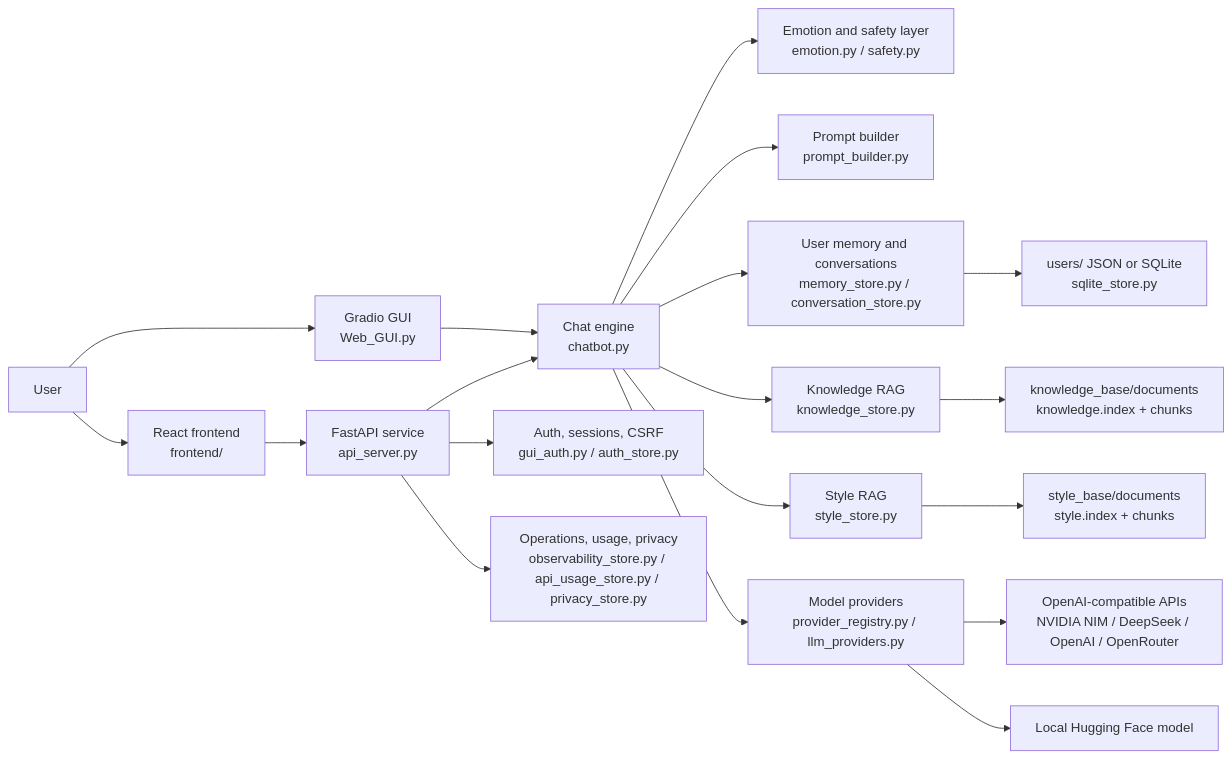
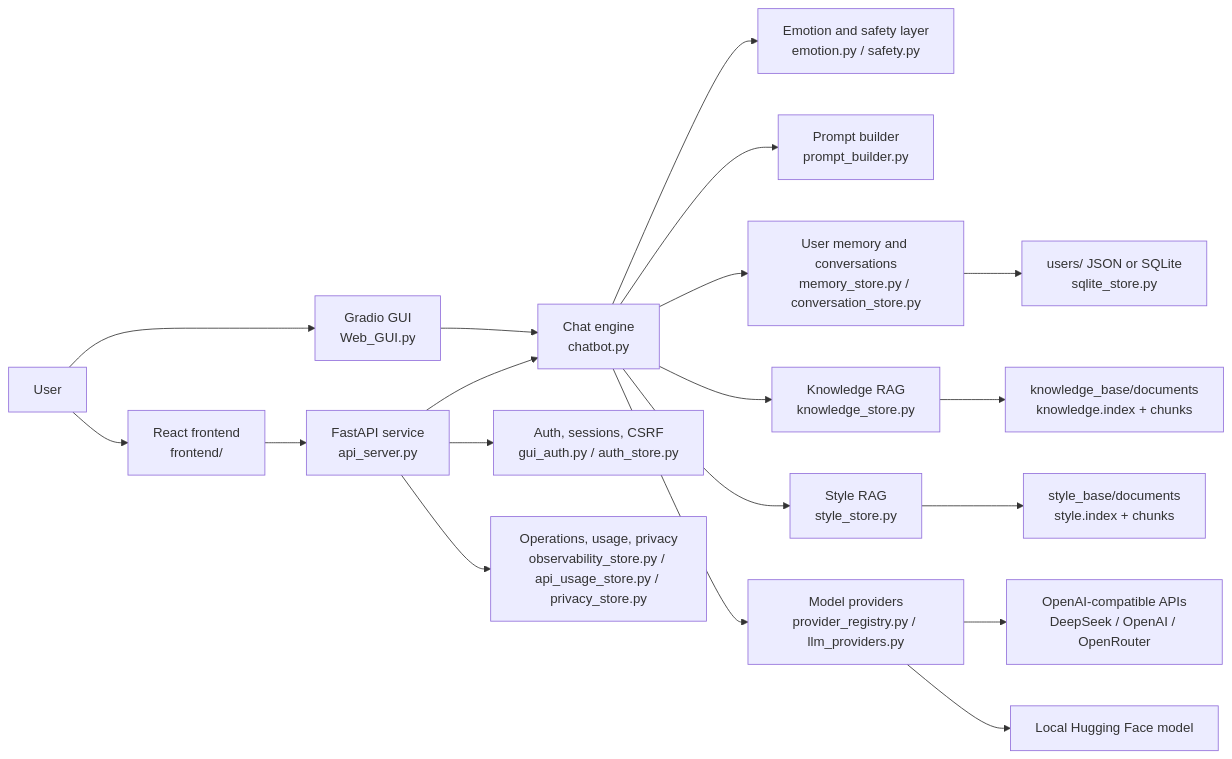
Before and after one commit to lup49488/Emotion-Assistant: the diagram in README.md, drawn with Mermaid. The commit also changed other lines of this file and 17 other files, not shown here.

Commit message:
Update provider catalog and default to DeepSeek

````diff
--- a/README.md
+++ b/README.md
@@ -21,24 +21,24 @@
 ```mermaid
 flowchart LR
     User["User"] --> Browser["React frontend<br/>frontend/"]
     User --> Gradio["Gradio GUI<br/>Web_GUI.py"]
 
     Browser --> API["FastAPI service<br/>api_server.py"]
     Gradio --> Chatbot["Chat engine<br/>chatbot.py"]
     API --> Auth["Auth, sessions, CSRF<br/>gui_auth.py / auth_store.py"]
     API --> Chatbot
     API --> Ops["Operations, usage, privacy<br/>observability_store.py / api_usage_store.py / privacy_store.py"]
 
     Chatbot --> Safety["Emotion and safety layer<br/>emotion.py / safety.py"]
     Chatbot --> Prompt["Prompt builder<br/>prompt_builder.py"]
     Chatbot --> Memory["User memory and conversations<br/>memory_store.py / conversation_store.py"]
     Chatbot --> Knowledge["Knowledge RAG<br/>knowledge_store.py"]
     Chatbot --> Style["Style RAG<br/>style_store.py"]
     Chatbot --> Providers["Model providers<br/>provider_registry.py / llm_providers.py"]
 
     Knowledge --> KnowledgeFiles["knowledge_base/documents<br/>knowledge.index + chunks"]
     Style --> StyleFiles["style_base/documents<br/>style.index + chunks"]
     Memory --> Storage["users/ JSON or SQLite<br/>sqlite_store.py"]
-    Providers --> RemoteLLM["OpenAI-compatible APIs<br/>NVIDIA NIM / DeepSeek / OpenAI / OpenRouter"]
+    Providers --> RemoteLLM["OpenAI-compatible APIs<br/>DeepSeek / OpenAI / OpenRouter"]
     Providers --> LocalLLM["Local Hugging Face model"]
 ```
````
